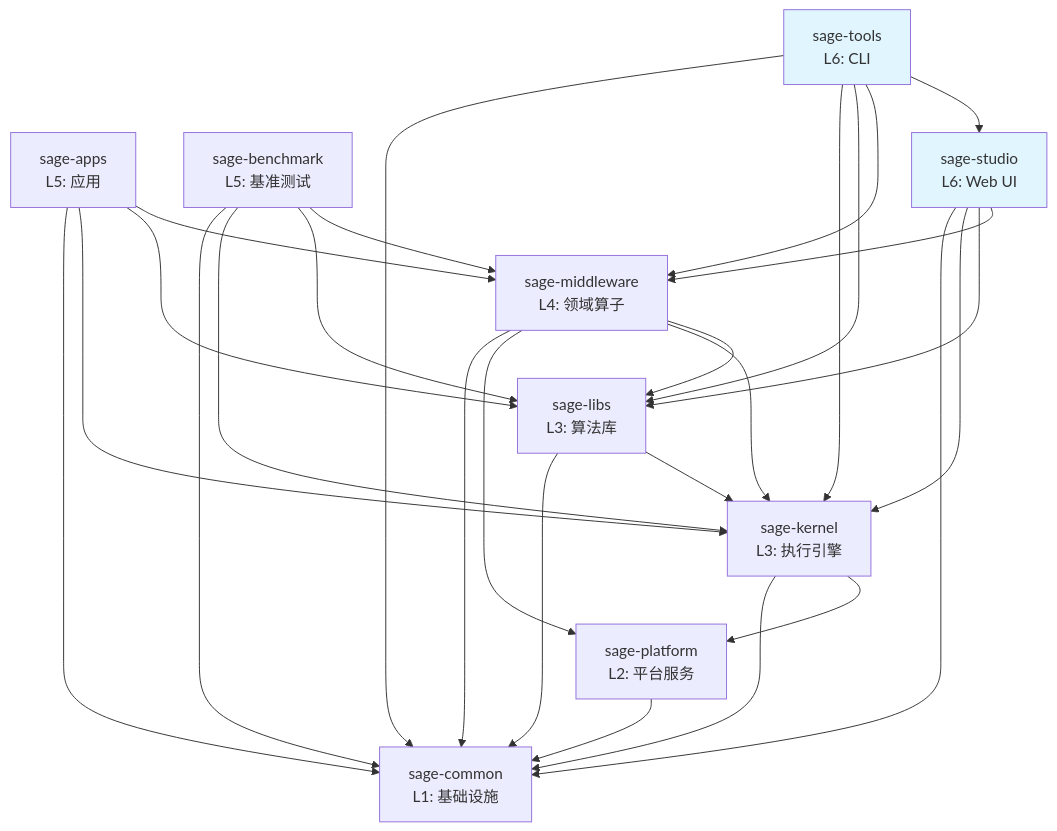
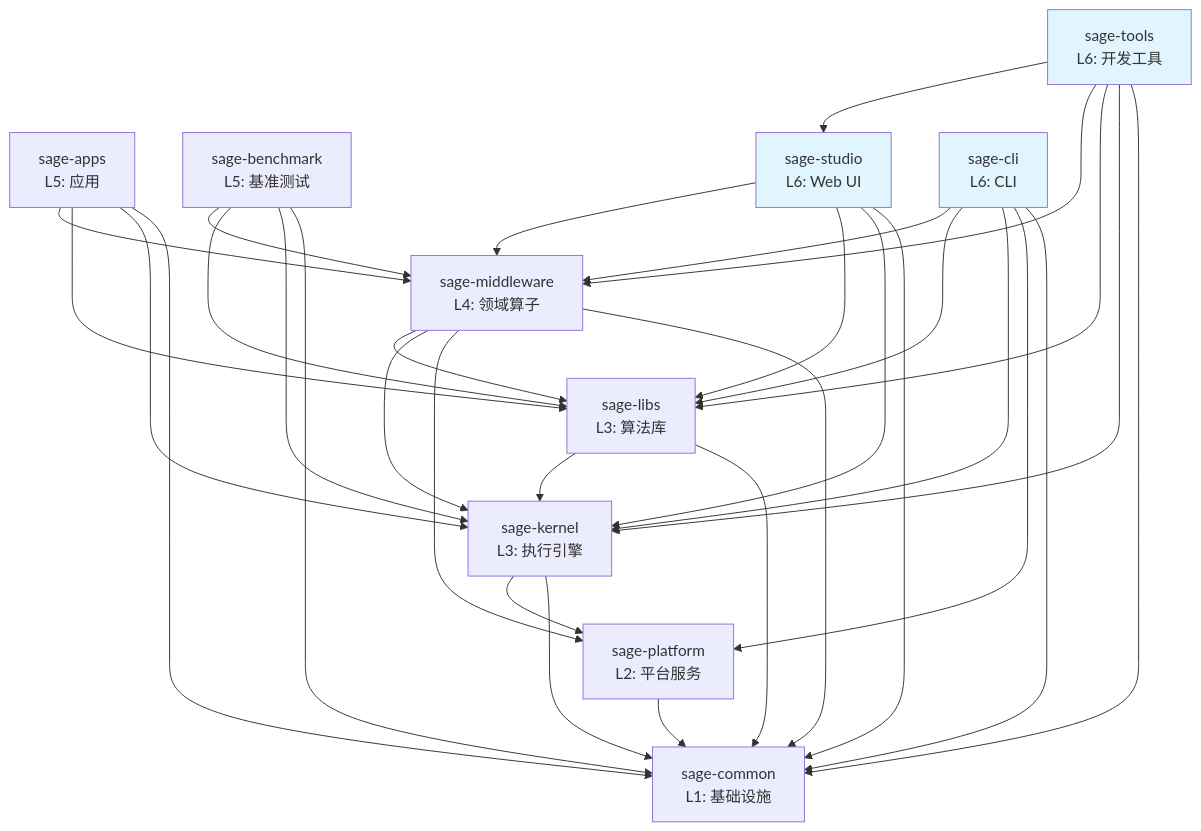
The diagram in docs_src/dev-notes/package-architecture.md (intellistream/SAGE-Pub), drawn with Mermaid before and after one commit. The commit also changed other lines of this file, not shown here.

First line of the commit message:
docs: update package architecture documentation

````diff
--- a/docs_src/dev-notes/package-architecture.md
+++ b/docs_src/dev-notes/package-architecture.md
@@ -408,53 +425,61 @@
 ```mermaid
 graph TD
     common[sage-common<br/>L1: 基础设施]
 
     platform[sage-platform<br/>L2: 平台服务]
 
     kernel[sage-kernel<br/>L3: 执行引擎]
     libs[sage-libs<br/>L3: 算法库]
 
     middleware[sage-middleware<br/>L4: 领域算子]
 
     apps[sage-apps<br/>L5: 应用]
     benchmark[sage-benchmark<br/>L5: 基准测试]
 
     studio[sage-studio<br/>L6: Web UI]
-    tools[sage-tools<br/>L6: CLI]
+    cli[sage-cli<br/>L6: CLI]
+    tools[sage-tools<br/>L6: 开发工具]
 
     platform --> common
 
     kernel --> common
     kernel --> platform
     libs --> common
     libs --> kernel
 
     middleware --> common
     middleware --> platform
     middleware --> kernel
     middleware --> libs
 
     apps --> common
     apps --> kernel
     apps --> libs
     apps --> middleware
 
     benchmark --> common
     benchmark --> kernel
     benchmark --> libs
     benchmark --> middleware
 
     studio --> common
     studio --> kernel
     studio --> libs
     studio --> middleware
 
+    cli --> common
+    cli --> platform
+    cli --> kernel
+    cli --> libs
+    cli --> middleware
+
     tools --> common
     tools --> kernel
     tools --> libs
     tools --> middleware
     tools --> studio
 
     style studio fill:#e1f5ff
+    style cli fill:#e1f5ff
     style tools fill:#e1f5ff
 ```
````
